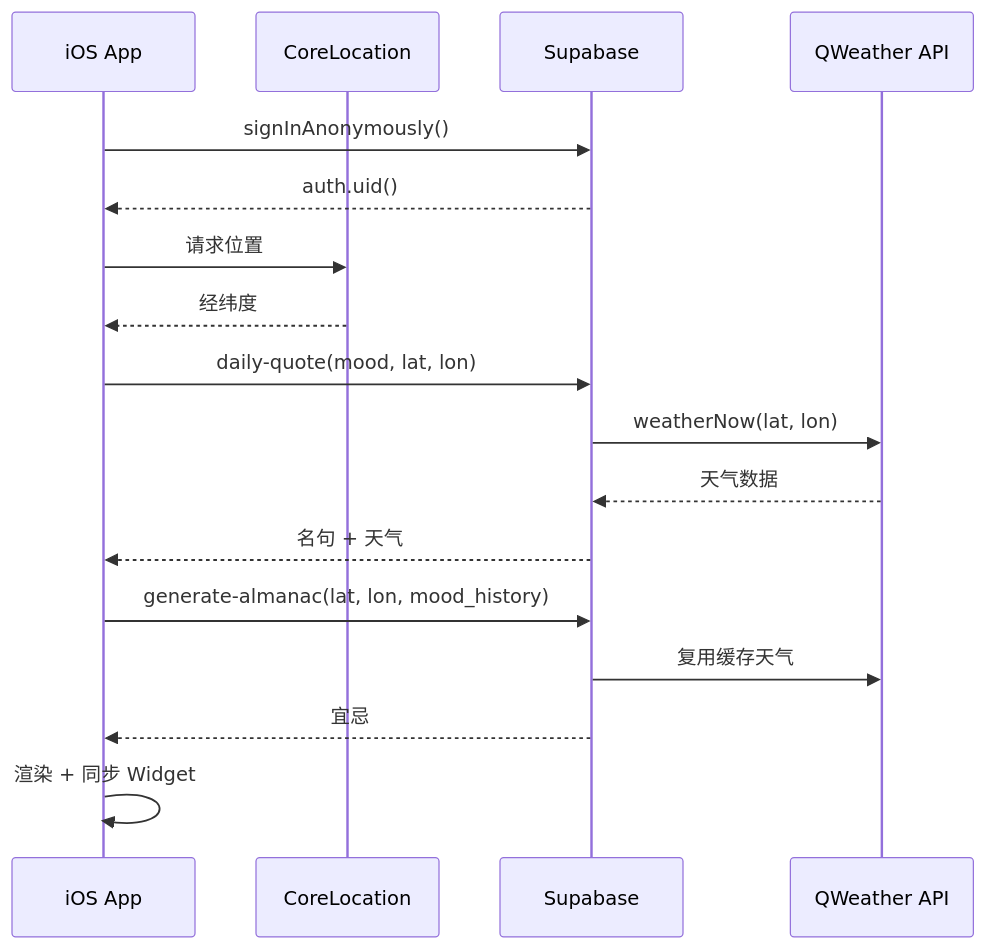
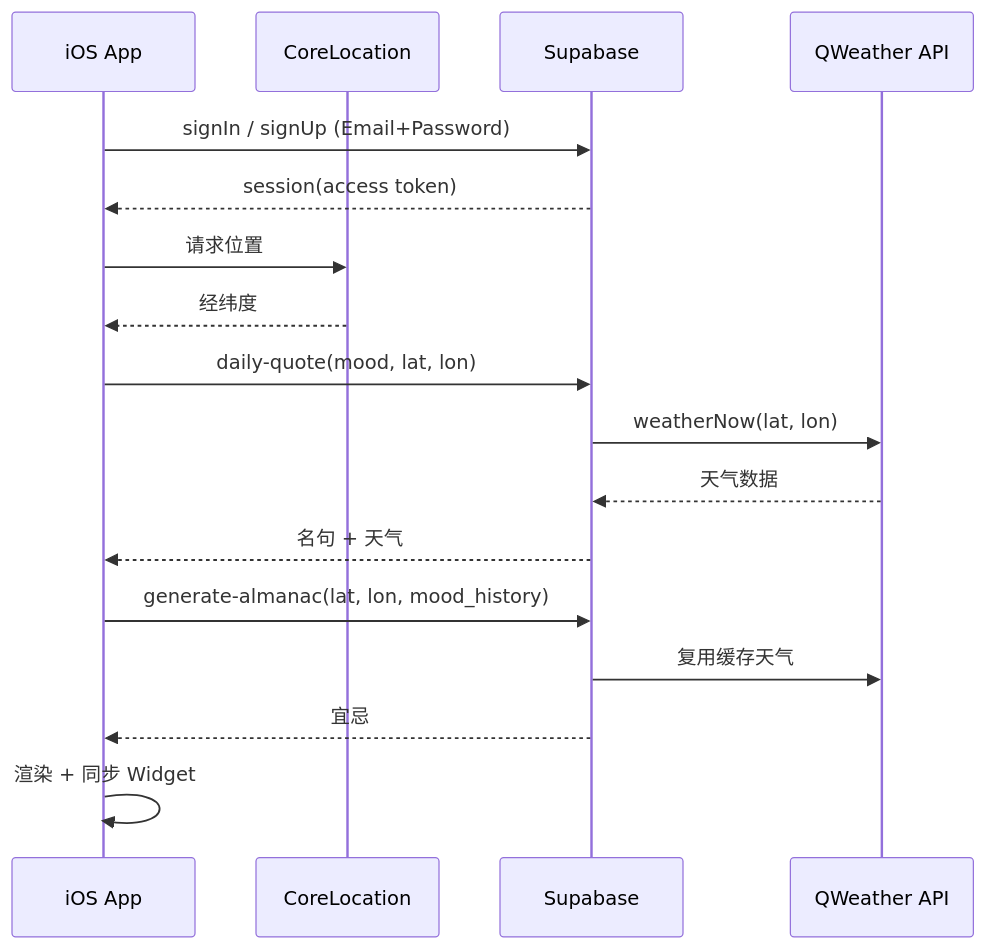
The second of 3 diagrams in docs/architecture.md (EvilIrving/daily-oracle), drawn with Mermaid before and after one commit. The commit also changed other lines of this file and 8 other files, not shown here.

Commit message:
feat(server): 增加审核日志查询 API 并同步架构与 schema

````diff
--- a/docs/architecture.md
+++ b/docs/architecture.md
@@ -531,20 +531,20 @@
 ```mermaid
 sequenceDiagram
     participant App as iOS App
     participant CL as CoreLocation
     participant Supa as Supabase
     participant QW as QWeather API
 
-    App->>Supa: signInAnonymously()
-    Supa-->>App: auth.uid()
+    App->>Supa: signIn / signUp (Email+Password)
+    Supa-->>App: session(access token)
     App->>CL: 请求位置
     CL-->>App: 经纬度
     App->>Supa: daily-quote(mood, lat, lon)
     Supa->>QW: weatherNow(lat, lon)
     QW-->>Supa: 天气数据
     Supa-->>App: 名句 + 天气
     App->>Supa: generate-almanac(lat, lon, mood_history)
     Supa->>QW: 复用缓存天气
     Supa-->>App: 宜忌
     App->>App: 渲染 + 同步 Widget
 ```
````
